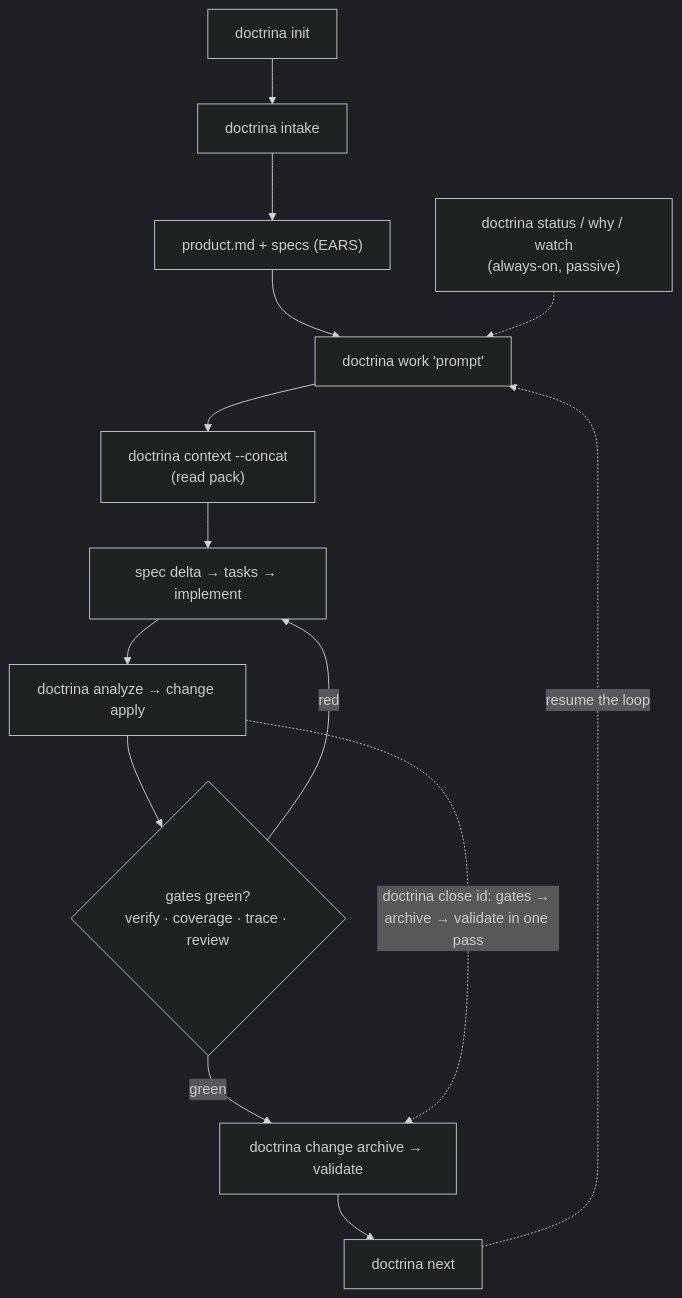
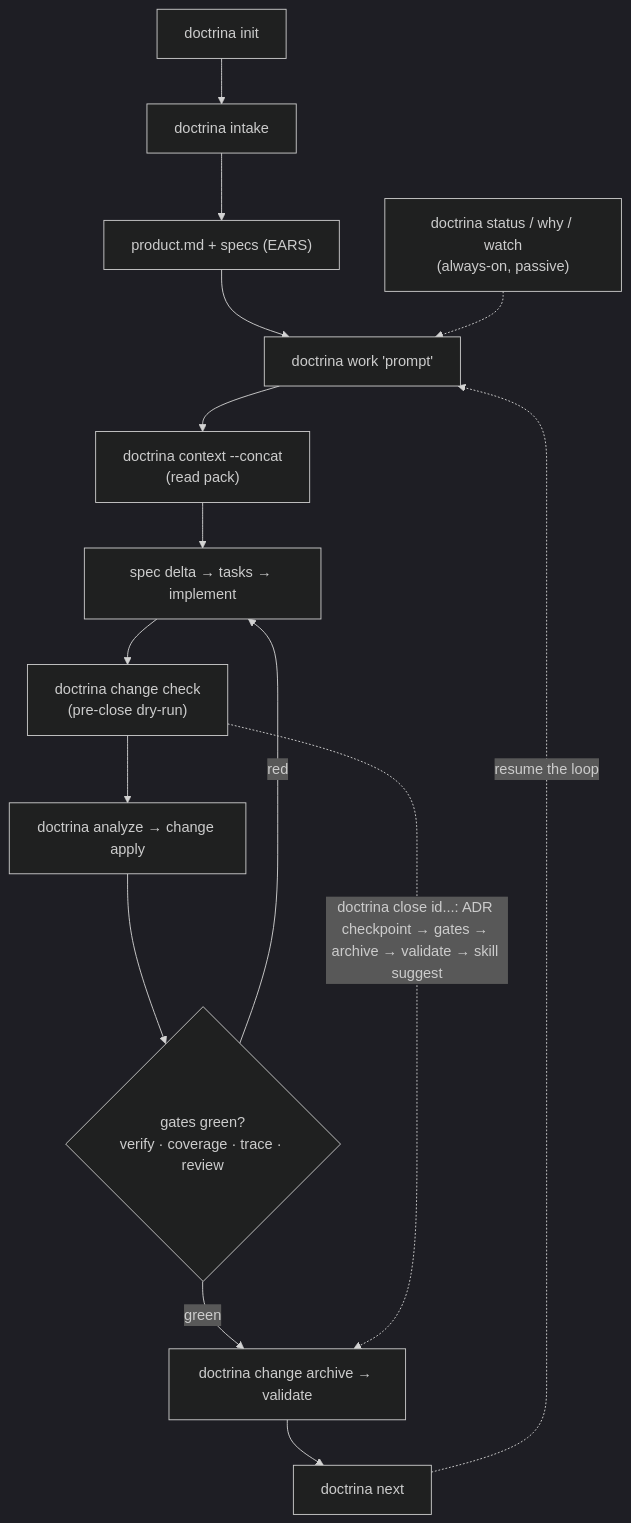
The diagram in README.md (GCarin1/Doctrina), drawn with Mermaid (dark theme) before and after one commit. The commit also changed other lines of this file and 31 other files, not shown here.

````diff
--- a/README.md
+++ b/README.md
@@ -29,16 +29,17 @@
 ```mermaid
 flowchart TD
     I["doctrina init"] --> N["doctrina intake"]
     N --> P["product.md + specs (EARS)"]
     P --> W["doctrina work 'prompt'"]
     W --> C["doctrina context --concat<br/>(read pack)"]
     C --> E["spec delta → tasks → implement"]
-    E --> AP["doctrina analyze → change apply"]
+    E --> CK["doctrina change check<br/>(pre-close dry-run)"]
+    CK --> AP["doctrina analyze → change apply"]
     AP --> GATE{"gates green?<br/>verify · coverage · trace · review"}
     GATE -- "red" --> E
     GATE -- "green" --> AR["doctrina change archive → validate"]
     AR --> NX["doctrina next"]
     NX -. "resume the loop" .-> W
-    AP -. "doctrina close id: gates → archive → validate in one pass" .-> AR
+    CK -. "doctrina close id...: ADR checkpoint → gates → archive → validate → skill suggest" .-> AR
     STAT["doctrina status / why / watch<br/>(always-on, passive)"] -.-> W
 ```
````
